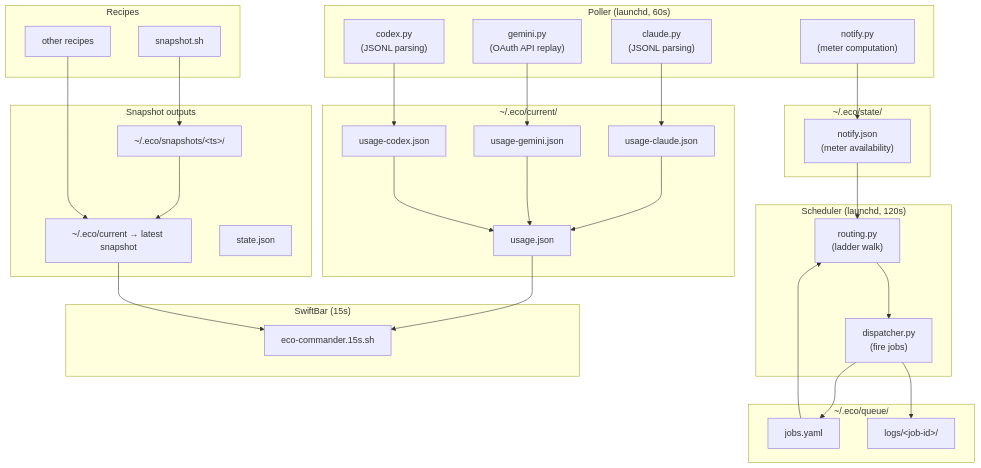
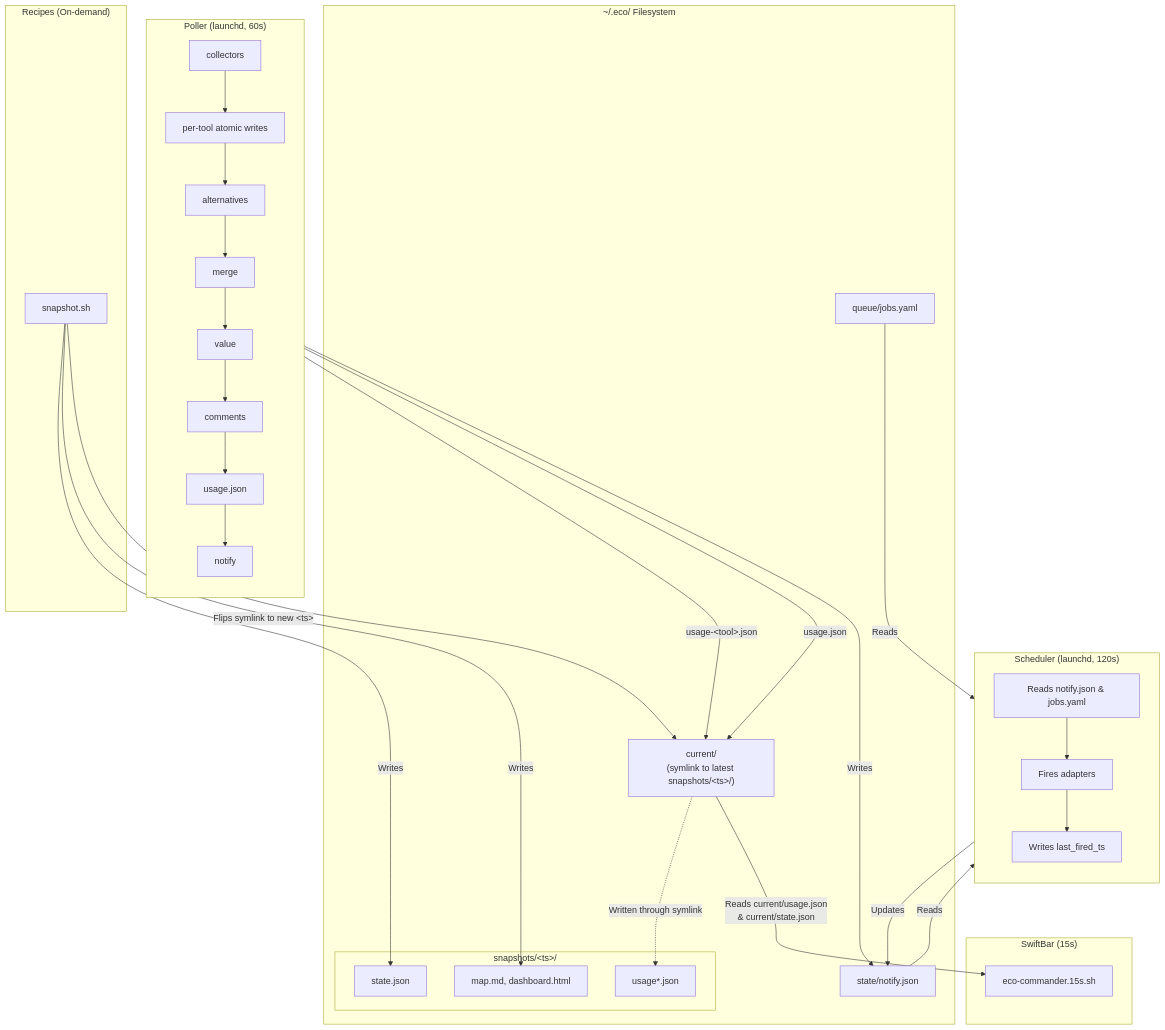
The diagram in docs/diagrams/data-flow.md (abdulrahman-gaith-beep/eco-commander), drawn with Mermaid before and after one commit. The commit also changed other lines of this file and 17 other files, not shown here.

First line of the commit message:
docs: gold-standard pass across reference, subsystems, diagrams, guides, and navigation

````diff
--- a/docs/diagrams/data-flow.md
+++ b/docs/diagrams/data-flow.md
@@ -7,66 +5,59 @@
 ```mermaid
 flowchart TB
-    subgraph Pollers["Poller (launchd, 60s)"]
-        ClaudeP["claude.py\n(JSONL parsing)"]
-        GeminiP["gemini.py\n(OAuth API replay)"]
-        CodexP["codex.py\n(JSONL parsing)"]
-        NotifyP["notify.py\n(meter computation)"]
+    subgraph Poller["Poller (launchd, 60s)"]
+        direction TB
+        P_C["collectors"] --> P_AW["per-tool atomic writes"]
+        P_AW --> P_Alt["alternatives"]
+        P_Alt --> P_M["merge"]
+        P_M --> P_V["value"]
+        P_V --> P_Com["comments"]
+        P_Com --> P_U["usage.json"]
+        P_U --> P_N["notify"]
     end
 
-    subgraph UsageFiles["~/.eco/current/"]
-        UClaude["usage-claude.json"]
-        UGemini["usage-gemini.json"]
-        UCodex["usage-codex.json"]
-        UMerged["usage.json"]
-    end
-
-    subgraph MeterState["~/.eco/state/"]
-        Notify["notify.json\n(meter availability)"]
+    subgraph Recipes["Recipes (On-demand)"]
+        Snap["snapshot.sh"]
     end
 
     subgraph Scheduler["Scheduler (launchd, 120s)"]
-        Routing["routing.py\n(ladder walk)"]
-        Dispatcher["dispatcher.py\n(fire jobs)"]
-    end
-
-    subgraph Queue["~/.eco/queue/"]
-        Jobs["jobs.yaml"]
-        Logs["logs/&lt;job-id&gt;/"]
+        direction TB
+        S_R["Reads notify.json &amp; jobs.yaml"] --> S_F["Fires adapters"]
+        S_F --> S_W["Writes last_fired_ts"]
     end
 
     subgraph Widget["SwiftBar (15s)"]
-        Commander["eco-commander.15s.sh"]
+        Cmd["eco-commander.15s.sh"]
     end
 
-    subgraph Recipes["Recipes"]
-        SnapshotR["snapshot.sh"]
-        Others["other recipes"]
+    subgraph Filesystem["~/.eco/ Filesystem"]
+        subgraph Snapshots["snapshots/&lt;ts&gt;/"]
+            S_State["state.json"]
+            S_Map["map.md, dashboard.html"]
+            S_Usage["usage*.json"]
+        end
+
+        Current["current/<br>(symlink to latest snapshots/&lt;ts&gt;/)"]
+
+        NotifyJSON["state/notify.json"]
+        JobsYAML["queue/jobs.yaml"]
     end
 
-    subgraph Snapshots["Snapshot outputs"]
-        SnapshotDir["~/.eco/snapshots/&lt;ts&gt;/"]
-        Current["~/.eco/current → latest snapshot"]
-        StateJSON["state.json"]
-    end
+    %% Poller writes
+    P_AW -- "usage-&lt;tool&gt;.json" --> Current
+    P_U -- "usage.json" --> Current
+    Current -. "Written through symlink" .-> S_Usage
+    P_N -- "Writes" --> NotifyJSON
 
-    ClaudeP --> UClaude
-    GeminiP --> UGemini
-    CodexP --> UCodex
-    UClaude --> UMerged
-    UGemini --> UMerged
-    UCodex --> UMerged
+    %% Snapshot writes
+    Snap -- "Writes" --> S_State
+    Snap -- "Writes" --> S_Map
+    Snap -- "Flips symlink to new &lt;ts&gt;" --> Current
 
-    NotifyP --> Notify
+    %% Scheduler interactions
+    NotifyJSON -- "Reads" --> S_R
+    JobsYAML -- "Reads" --> S_R
+    S_W -- "Updates" --> NotifyJSON
 
-    Notify --> Routing
-    Jobs --> Routing
-    Routing --> Dispatcher
-    Dispatcher --> Logs
-    Dispatcher --> Jobs
-
-    UMerged --> Commander
-    Current --> Commander
-    SnapshotR --> SnapshotDir
-    SnapshotDir --> Current
-    Others --> Current
+    %% Widget interactions
+    Current -- "Reads current/usage.json<br>&amp; current/state.json" --> Cmd
 ```
````
